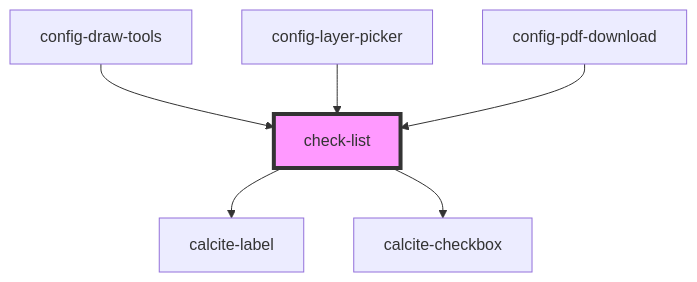
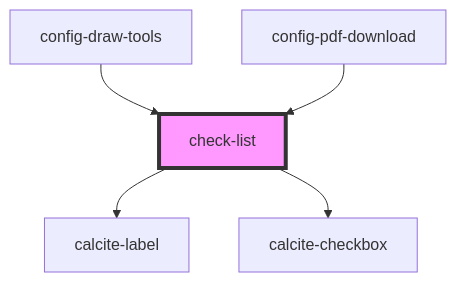
One commit to Esri/solutions-components changed the diagram in src/components/check-list/readme.md. Above: the diagram before and after it, drawn with Mermaid. The commit also changed other lines of this file and 4 other files, not shown here.

Commit message:
use combobox in config layer picker

````diff
--- a/src/components/check-list/readme.md
+++ b/src/components/check-list/readme.md
@@ -43,9 +42,8 @@
 ```mermaid
 graph TD;
   check-list --> calcite-label
   check-list --> calcite-checkbox
   config-draw-tools --> check-list
-  config-layer-picker --> check-list
   config-pdf-download --> check-list
   style check-list fill:#f9f,stroke:#333,stroke-width:4px
 ```
````
